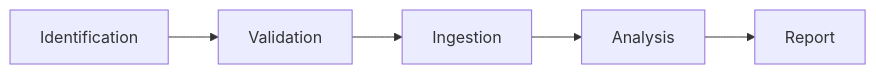
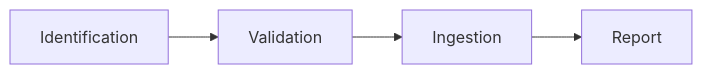
Before and after one commit to 0p3r4t0r/coding-challenge-file-ai: the second of 2 diagrams in README.md, drawn with Mermaid. The commit also changed 6 other files, not shown here.

````diff
--- a/README.md
+++ b/README.md
@@ -129,4 +129,4 @@
 ```mermaid
 flowchart LR
-    Identification --> Validation --> Ingestion --> Analysis --> Report
+    Identification --> Validation --> Ingestion --> Report
 ```
````
